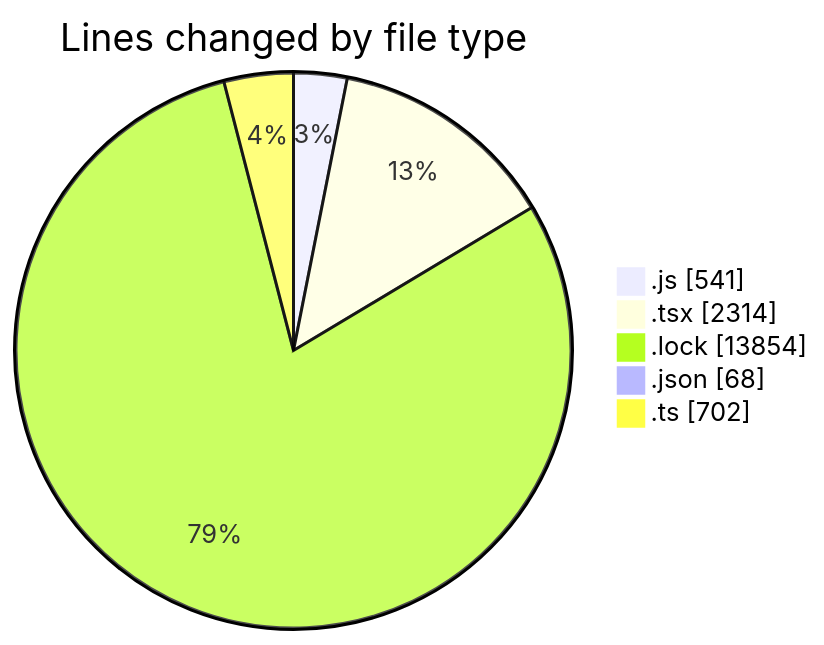
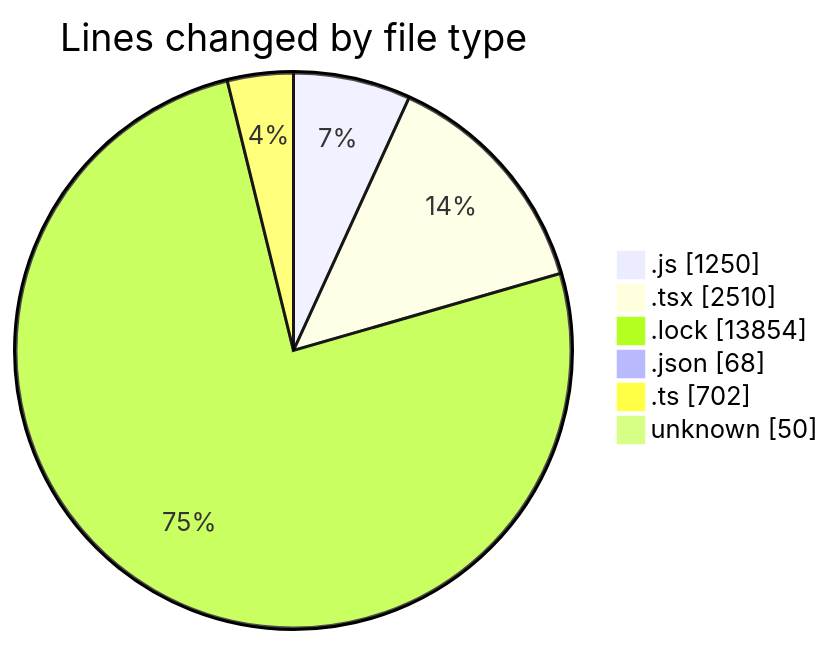
The first of 2 diagrams in 2026-06-16/cda/README.md (momahboobian/code-tracking), drawn with Mermaid before and after one commit. The commit also changed other lines of this file and 1 other file, not shown here.

````diff
--- a/2026-06-16/cda/README.md
+++ b/2026-06-16/cda/README.md
@@ -39,9 +41,10 @@
 ```mermaid
 pie showData
 title Lines changed by file type
-".js" : 541
-".tsx" : 2314
+".js" : 1250
+".tsx" : 2510
 ".lock" : 13854
 ".json" : 68
 ".ts" : 702
+"unknown" : 50
 ```
````
